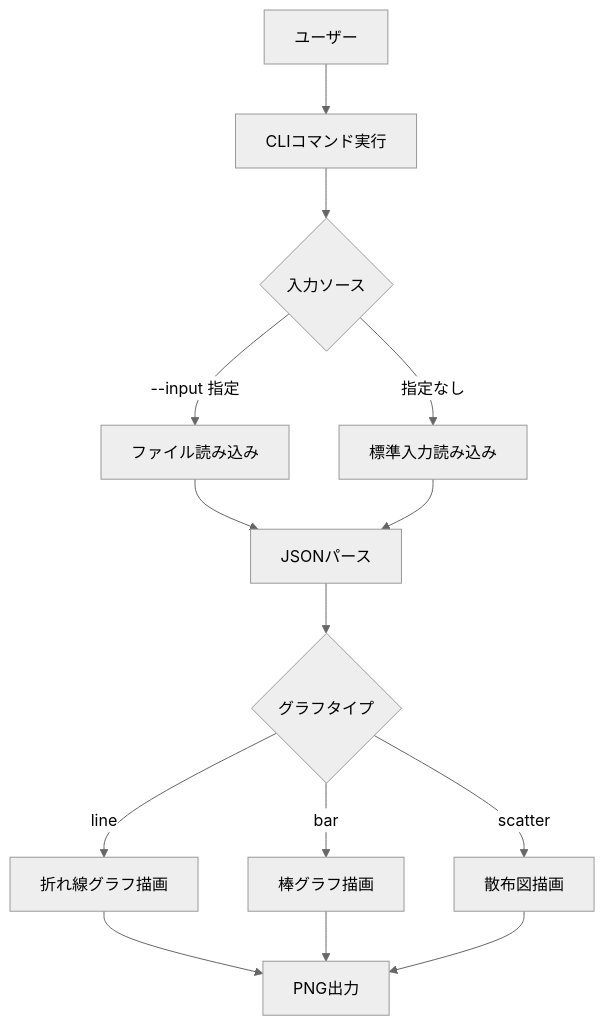
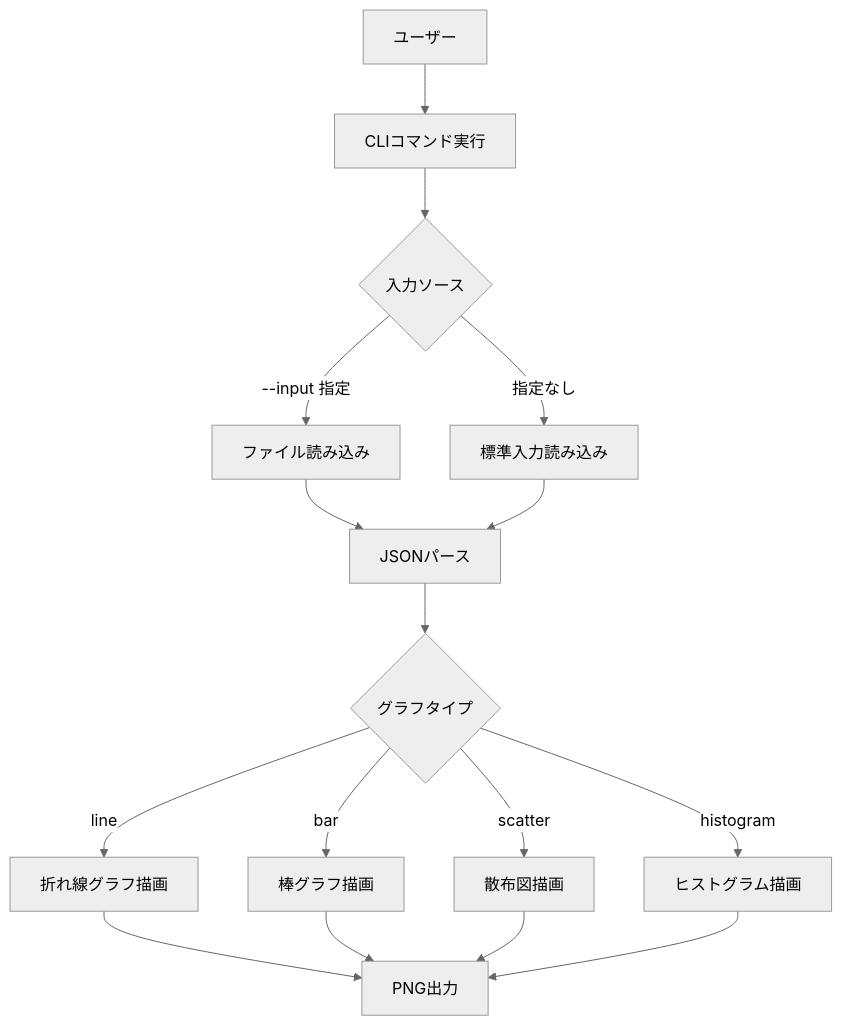
One commit to miyatama/learn-data-science-from-scratch changed the diagram in 03_graph-image/docs/functional-design.md. Above: the diagram before and after it, drawn with Mermaid (neutral theme). The commit also changed other lines of this file and 1534 other files, not shown here.

````diff
--- a/03_graph-image/docs/functional-design.md
+++ b/03_graph-image/docs/functional-design.md
@@ -122,16 +145,18 @@
 ```mermaid
 graph TD
     U[ユーザー] --> A[CLIコマンド実行]
     A --> B{入力ソース}
     B -->|--input 指定| C[ファイル読み込み]
     B -->|指定なし| D[標準入力読み込み]
     C --> E[JSONパース]
     D --> E
     E --> F{グラフタイプ}
     F -->|line| G[折れ線グラフ描画]
     F -->|bar| H[棒グラフ描画]
     F -->|scatter| I[散布図描画]
+    F -->|histogram| K[ヒストグラム描画]
     G --> J[PNG出力]
     H --> J
     I --> J
+    K --> J
 ```
````
